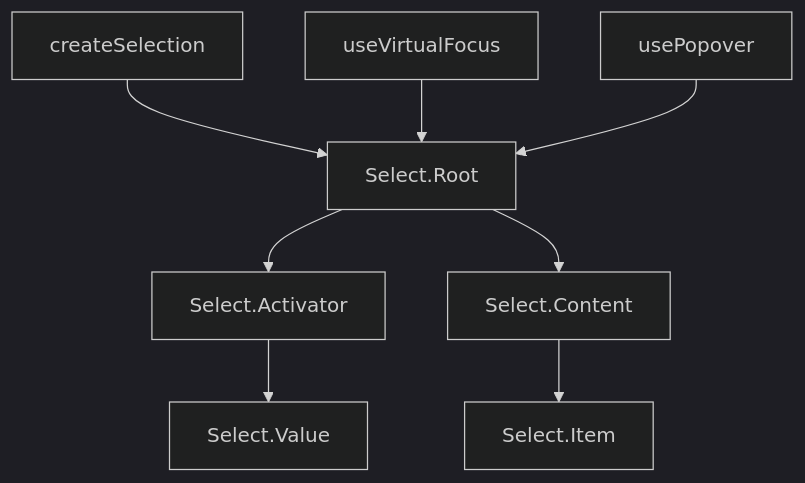
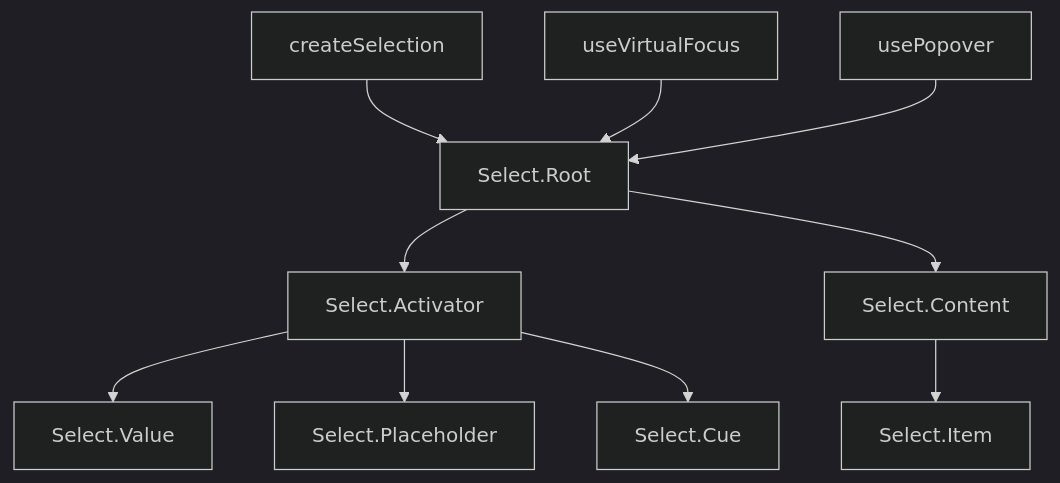
The diagram in apps/docs/src/pages/components/forms/select.md (vuetifyjs/0), drawn with Mermaid (dark theme) before and after one commit. The commit also changed other lines of this file and 15 other files, not shown here.

First line of the commit message:
fix(Select): add Cue, Placeholder, and post-review fixes

````diff
--- a/apps/docs/src/pages/components/forms/select.md
+++ b/apps/docs/src/pages/components/forms/select.md
@@ -57,19 +60,23 @@
 ```mermaid "Select Architecture"
 flowchart TD
   CreateSelection["createSelection"]
   UseVirtualFocus["useVirtualFocus"]
   UsePopover["usePopover"]
   Root["Select.Root"]:::primary
   Activator["Select.Activator"]
   Value["Select.Value"]
+  Placeholder["Select.Placeholder"]
+  Cue["Select.Cue"]
   Content["Select.Content"]
   Item["Select.Item"]
 
   CreateSelection --> Root
   UseVirtualFocus --> Root
   UsePopover --> Root
   Root --> Activator
   Root --> Content
   Activator --> Value
+  Activator --> Placeholder
+  Activator --> Cue
   Content --> Item
 ```
````
